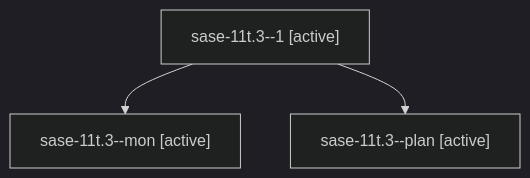
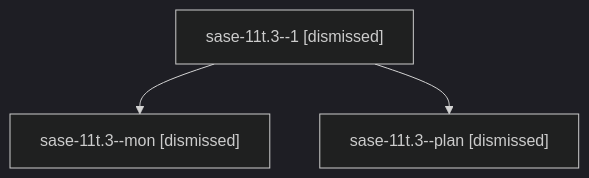
One commit to sase-org/sase--agents changed the diagram in sessions/bbugyi200.athena.sase-11t.3.md. Above: the diagram before and after it, drawn with Mermaid (dark theme). The commit also changed other lines of this file and 252 other files, not shown here.

````diff
--- a/sessions/bbugyi200.athena.sase-11t.3.md
+++ b/sessions/bbugyi200.athena.sase-11t.3.md
@@ -9,8 +9,8 @@
 ```mermaid
 flowchart TD
-  n0["sase-11t.3--1 [active]"]
-  n1["sase-11t.3--mon [active]"]
+  n0["sase-11t.3--1 [dismissed]"]
+  n1["sase-11t.3--mon [dismissed]"]
   n0 --> n1
-  n2["sase-11t.3--plan [active]"]
+  n2["sase-11t.3--plan [dismissed]"]
   n0 --> n2
 ```
````
